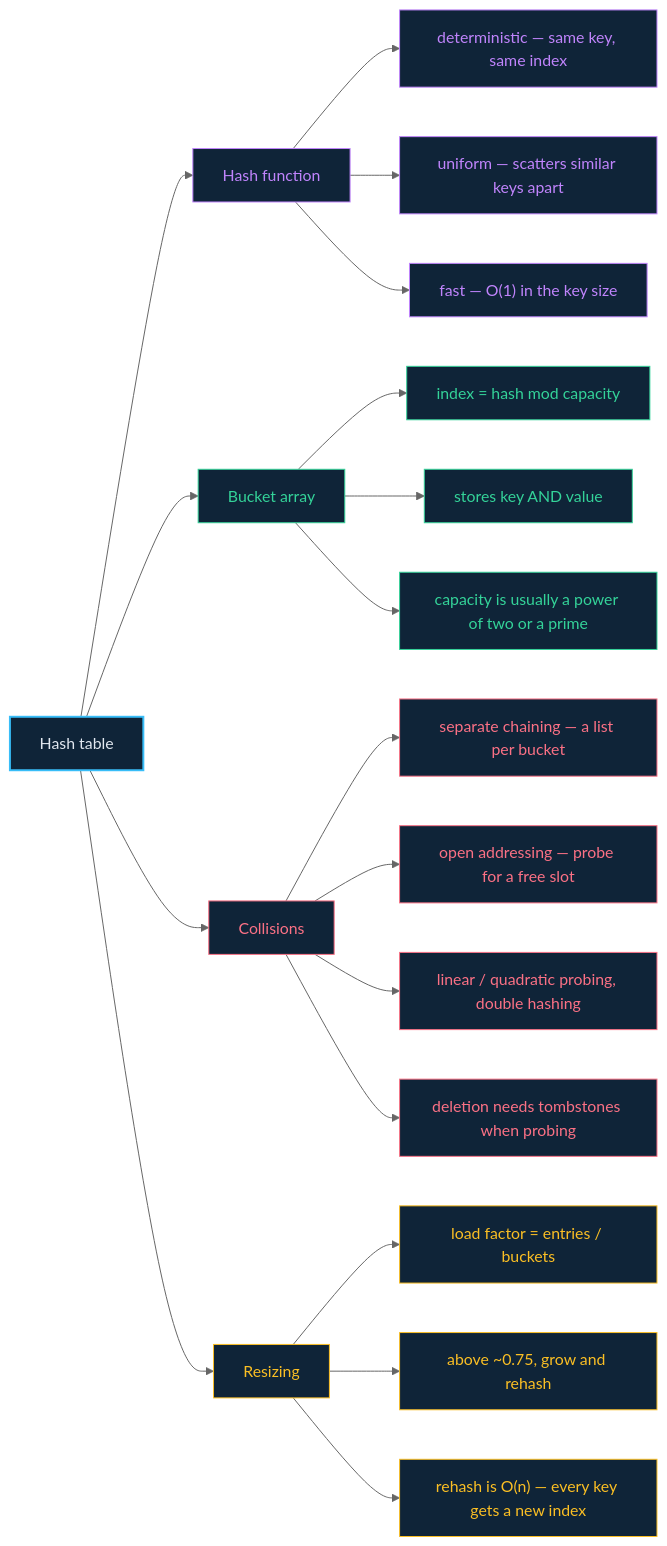
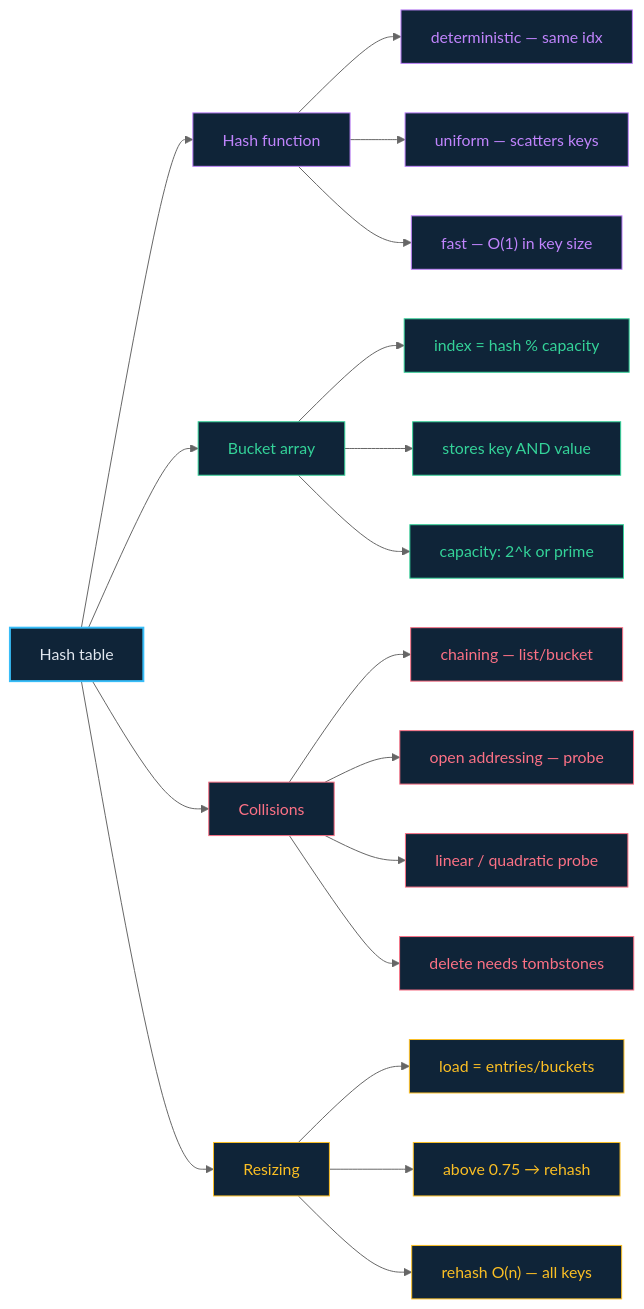
One commit to rajeshgoyalg/Learn-Data-Structures-and-Algorithms-Visually changed the diagram in docs/07-hash-tables.md. Above: the diagram before and after it, drawn with Mermaid (neutral theme). The commit also changed 21 other files, not shown here.

First line of the commit message:
Shorten every mermaid label so diagrams cannot overflow and clip

````diff
--- a/docs/07-hash-tables.md
+++ b/docs/07-hash-tables.md
@@ -44,35 +44,35 @@
 ```mermaid
 flowchart LR
   H["Hash table"] --> F["Hash function"]
   H --> B["Bucket array"]
   H --> C["Collisions"]
   H --> R["Resizing"]
 
-  F --> F1["deterministic — same key, same index"]
-  F --> F2["uniform — scatters similar keys apart"]
-  F --> F3["fast — O(1) in the key size"]
+  F --> F1["deterministic — same idx"]
+  F --> F2["uniform — scatters keys"]
+  F --> F3["fast — O(1) in key size"]
 
-  B --> B1["index = hash mod capacity"]
+  B --> B1["index = hash % capacity"]
   B --> B2["stores key AND value"]
-  B --> B3["capacity is usually a power of two or a prime"]
+  B --> B3["capacity: 2^k or prime"]
 
-  C --> C1["separate chaining — a list per bucket"]
-  C --> C2["open addressing — probe for a free slot"]
-  C --> C3["linear / quadratic probing, double hashing"]
-  C --> C4["deletion needs tombstones when probing"]
+  C --> C1["chaining — list/bucket"]
+  C --> C2["open addressing — probe"]
+  C --> C3["linear / quadratic probe"]
+  C --> C4["delete needs tombstones"]
 
-  R --> R1["load factor = entries / buckets"]
-  R --> R2["above ~0.75, grow and rehash"]
-  R --> R3["rehash is O(n) — every key gets a new index"]
+  R --> R1["load = entries/buckets"]
+  R --> R2["above 0.75 → rehash"]
+  R --> R3["rehash O(n) — all keys"]
 
   classDef root fill:#0f2438,stroke:#38bdf8,stroke-width:2px,color:#e2e8f0
   classDef f fill:#0f2438,stroke:#c084fc,color:#c084fc
   classDef b fill:#0f2438,stroke:#34d399,color:#34d399
   classDef c fill:#0f2438,stroke:#fb7185,color:#fb7185
   classDef r fill:#0f2438,stroke:#fbbf24,color:#fbbf24
   class H root
   class F,F1,F2,F3 f
   class B,B1,B2,B3 b
   class C,C1,C2,C3,C4 c
   class R,R1,R2,R3 r
 ```
````
